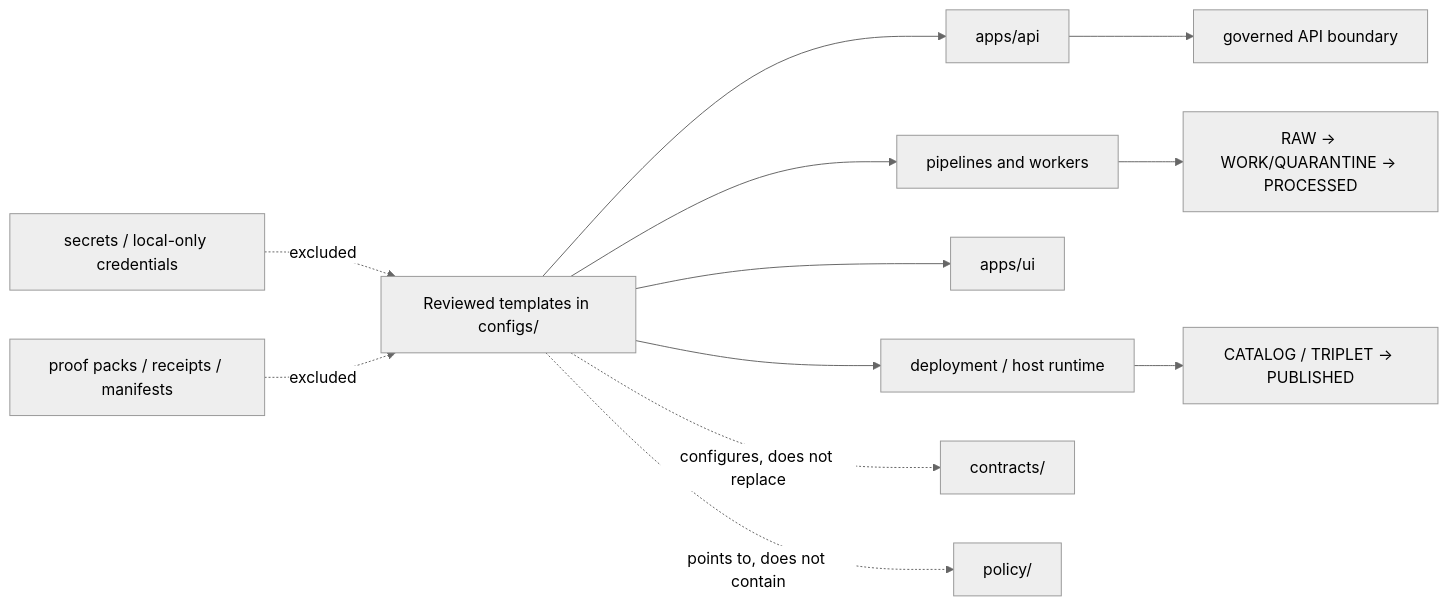
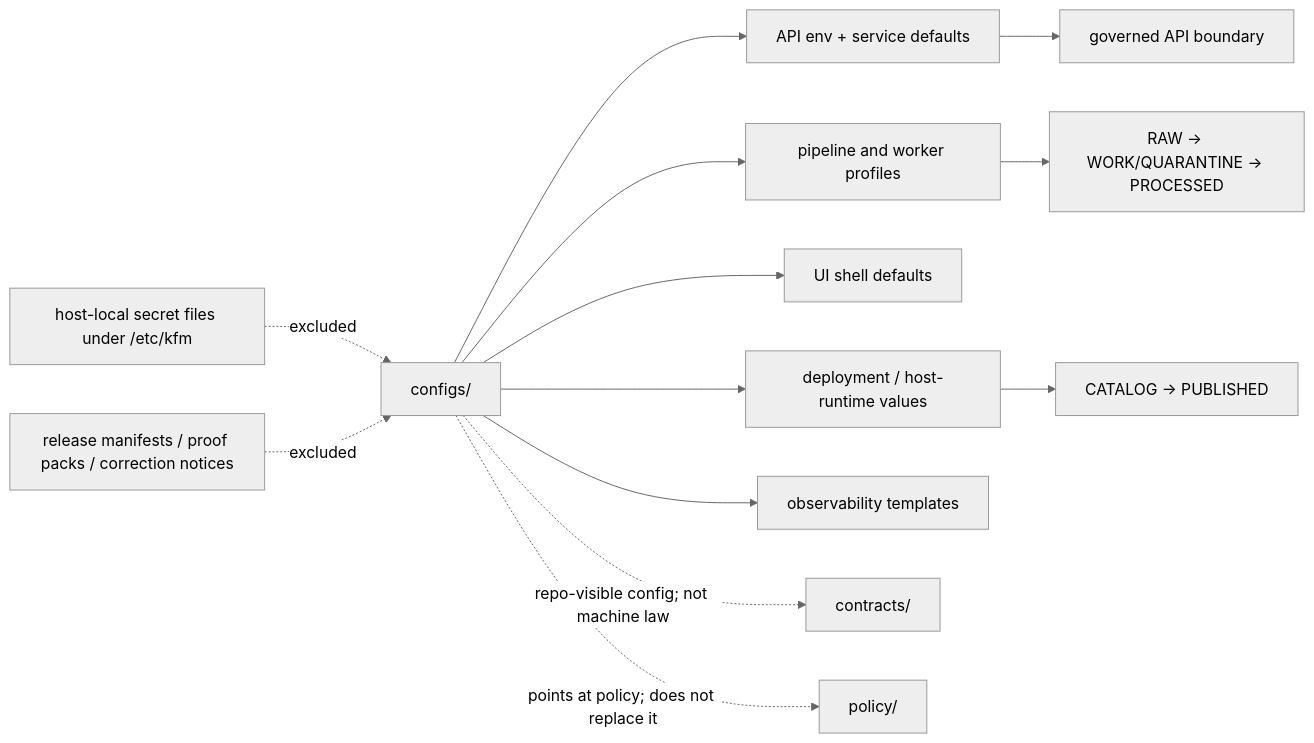
One commit to bartytime4life/Kansas-Frontier-Matrix changed the diagram in configs/README.md. Above: the diagram before and after it, drawn with Mermaid (neutral theme). The commit also changed other lines of this file, not shown here.

````diff
--- a/configs/README.md
+++ b/configs/README.md
@@ -253,16 +264,17 @@
 ```mermaid
 flowchart LR
-  A[Reviewed templates in configs/] --> B[apps/api]
-  A --> C[pipelines and workers]
-  A --> D[apps/ui]
-  A --> E[deployment / host runtime]
+  A[configs/] --> B[API env + service defaults]
+  A --> C[pipeline and worker profiles]
+  A --> D[UI shell defaults]
+  A --> E[deployment / host-runtime values]
+  A --> F[observability templates]
 
-  B --> F[governed API boundary]
-  C --> G[RAW → WORK/QUARANTINE → PROCESSED]
-  E --> H[CATALOG / TRIPLET → PUBLISHED]
+  B --> G[governed API boundary]
+  C --> H[RAW → WORK/QUARANTINE → PROCESSED]
+  E --> I[CATALOG → PUBLISHED]
 
-  A -. configures, does not replace .-> I[contracts/]
-  A -. points to, does not contain .-> J[policy/]
-  K[secrets / local-only credentials] -. excluded .-> A
-  L[proof packs / receipts / manifests] -. excluded .-> A
+  A -. repo-visible config; not machine law .-> J[contracts/]
+  A -. points at policy; does not replace it .-> K[policy/]
+  L[host-local secret files under /etc/kfm] -. excluded .-> A
+  M[release manifests / proof packs / correction notices] -. excluded .-> A
 ```
````
